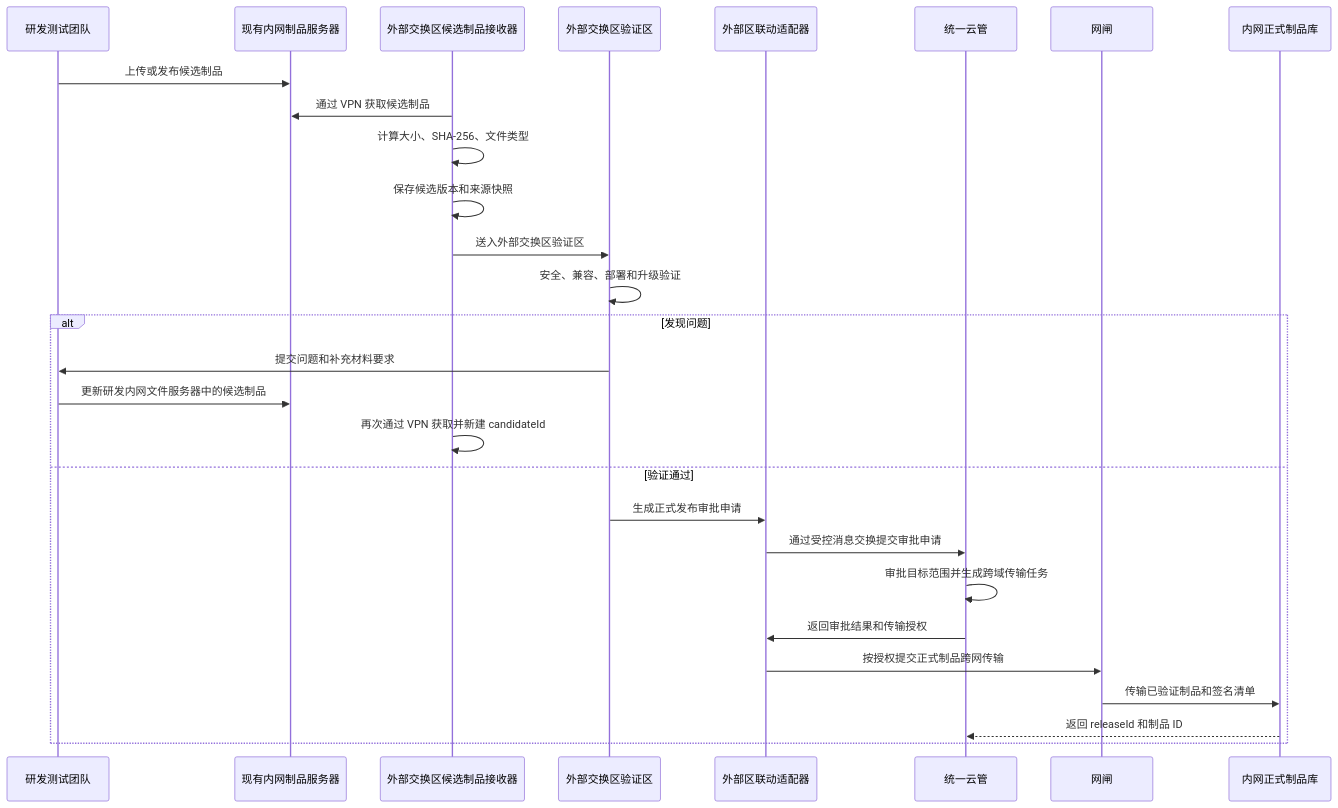
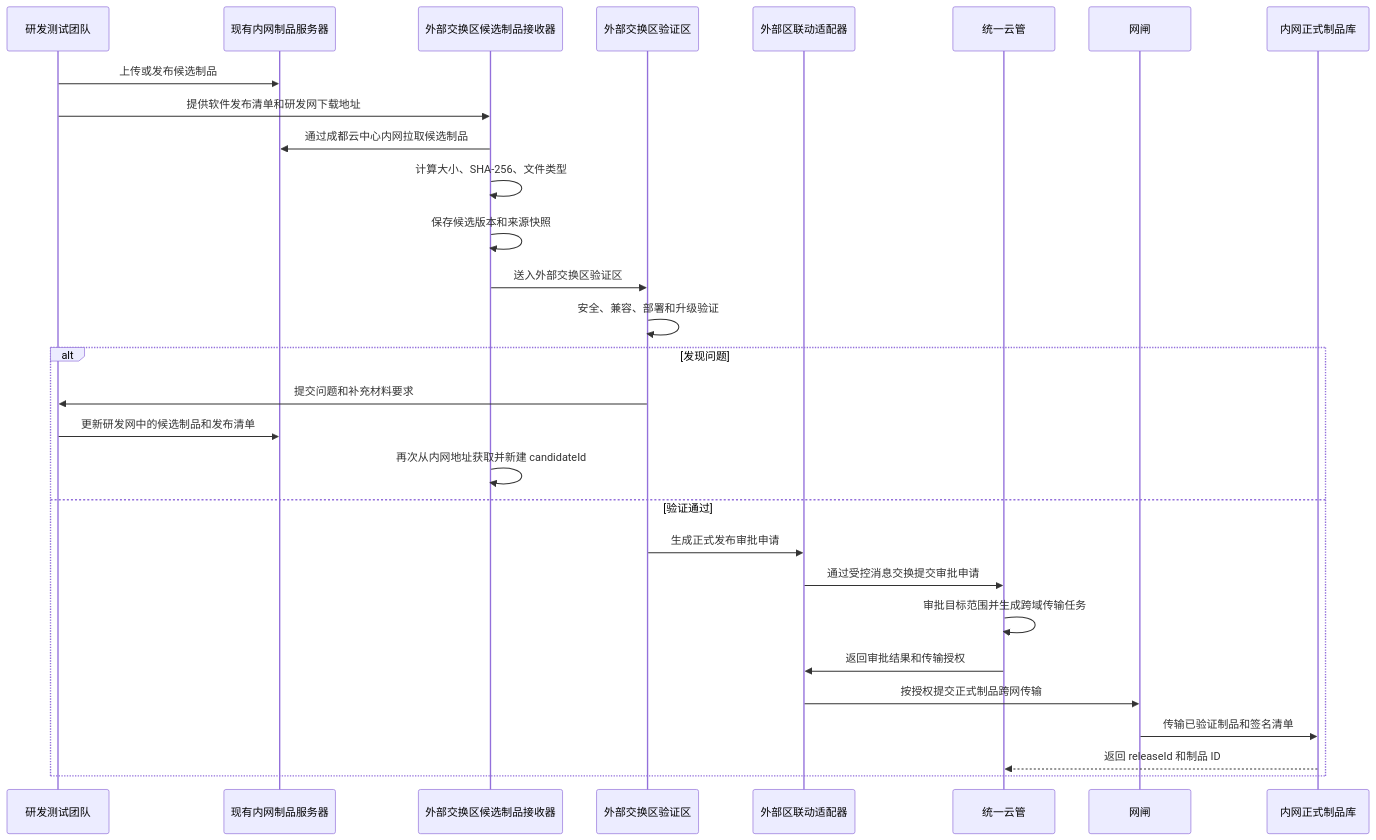
The second of 4 diagrams in docs/system-design.md (dongsweet/cloud-artifact-management), drawn with Mermaid before and after one commit. The commit also changed other lines of this file and 1 other file, not shown here.

````diff
--- a/docs/system-design.md
+++ b/docs/system-design.md
@@ -163,31 +165,32 @@
 ```mermaid
 sequenceDiagram
     participant R as 研发测试团队
     participant S as 现有内网制品服务器
     participant C as 外部交换区候选制品接收器
     participant V as 外部交换区验证区
     participant E as 外部区联动适配器
     participant U as 统一云管
     participant G as 网闸
     participant B as 内网正式制品库
 
     R->>S: 上传或发布候选制品
-    C->>S: 通过 VPN 获取候选制品
+    R->>C: 提供软件发布清单和研发网下载地址
+    C->>S: 通过成都云中心内网拉取候选制品
     C->>C: 计算大小、SHA-256、文件类型
     C->>C: 保存候选版本和来源快照
     C->>V: 送入外部交换区验证区
     V->>V: 安全、兼容、部署和升级验证
     alt 发现问题
         V->>R: 提交问题和补充材料要求
-        R->>S: 更新研发内网文件服务器中的候选制品
-        C->>C: 再次通过 VPN 获取并新建 candidateId
+        R->>S: 更新研发网中的候选制品和发布清单
+        C->>C: 再次从内网地址获取并新建 candidateId
     else 验证通过
         V->>E: 生成正式发布审批申请
         E->>U: 通过受控消息交换提交审批申请
         U->>U: 审批目标范围并生成跨域传输任务
         U->>E: 返回审批结果和传输授权
         E->>G: 按授权提交正式制品跨网传输
         G->>B: 传输已验证制品和签名清单
         B-->>U: 返回 releaseId 和制品 ID
     end
 ```
````
